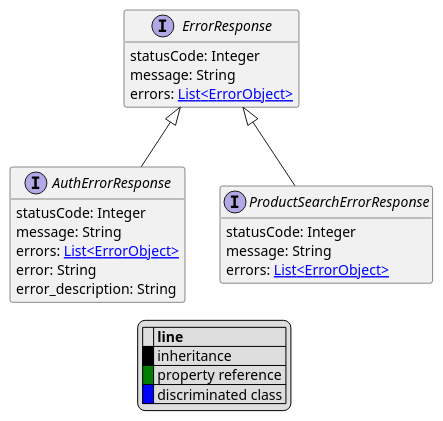
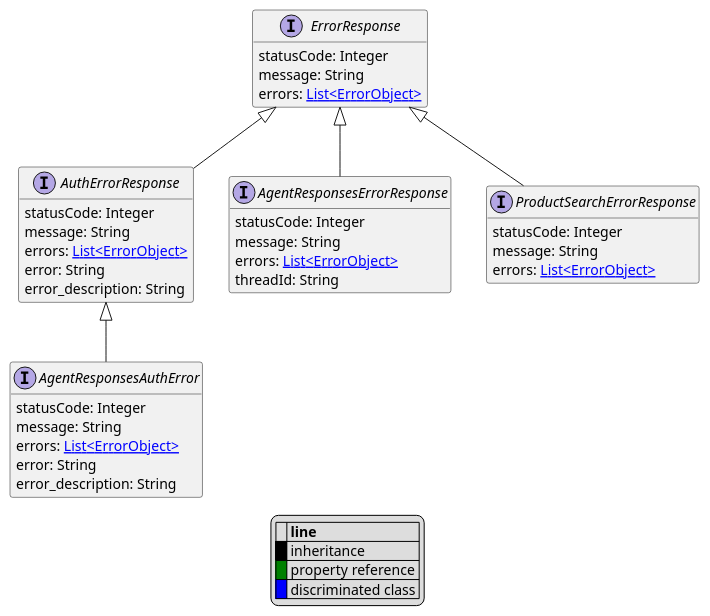
The diagram in uml/api/ErrorResponse.puml (commercetools/commercetools-api-reference), drawn with PlantUML before and after one commit. The commit also changed 1935 other files, not shown here.

```diff
--- a/uml/api/ErrorResponse.puml
+++ b/uml/api/ErrorResponse.puml
@@ -1,33 +1,46 @@
 @startuml
 
 hide empty fields
 hide empty methods
 legend
 |= |= line |
 |<back:black>   </back>| inheritance |
 |<back:green>   </back>| property reference |
 |<back:blue>   </back>| discriminated class |
 endlegend
 interface ErrorResponse [[ErrorResponse.svg]]  {
     statusCode: Integer
     message: String
     errors: [[ErrorObject.svg List<ErrorObject>]]
 }
 
+interface AgentResponsesAuthError [[AgentResponsesAuthError.svg]] extends AuthErrorResponse {
+    statusCode: Integer
+    message: String
+    errors: [[ErrorObject.svg List<ErrorObject>]]
+    error: String
+    error_description: String
+}
+interface AgentResponsesErrorResponse [[AgentResponsesErrorResponse.svg]] extends ErrorResponse {
+    statusCode: Integer
+    message: String
+    errors: [[ErrorObject.svg List<ErrorObject>]]
+    threadId: String
+}
 interface AuthErrorResponse [[AuthErrorResponse.svg]] extends ErrorResponse {
     statusCode: Integer
     message: String
     errors: [[ErrorObject.svg List<ErrorObject>]]
     error: String
     error_description: String
 }
 interface ProductSearchErrorResponse [[ProductSearchErrorResponse.svg]] extends ErrorResponse {
     statusCode: Integer
     message: String
     errors: [[ErrorObject.svg List<ErrorObject>]]
 }
 
 
 
 
 @enduml
```
